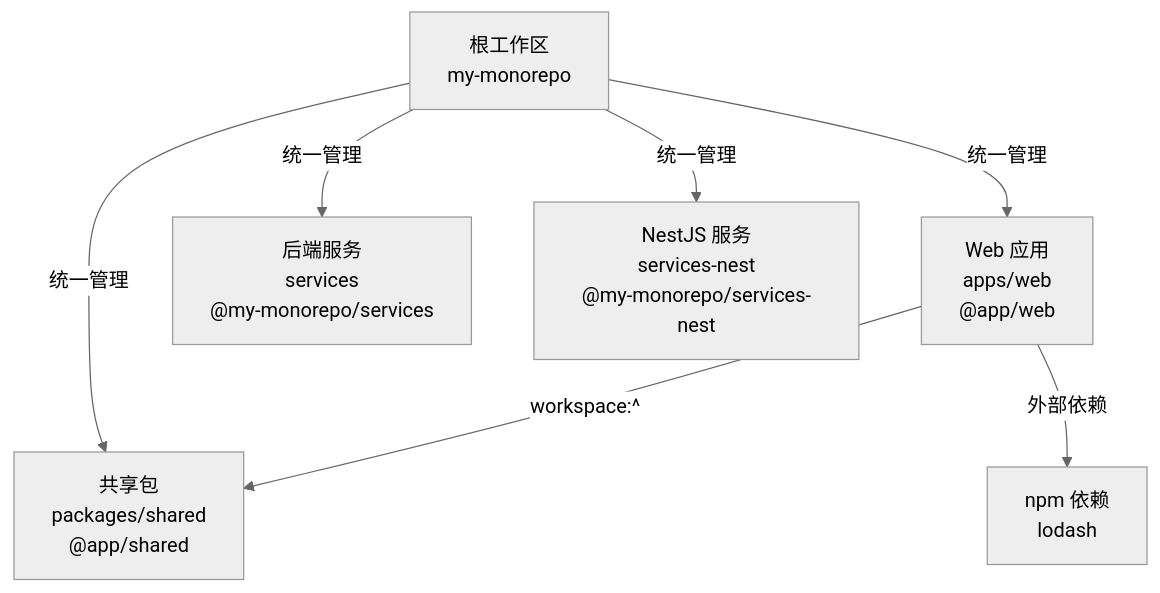
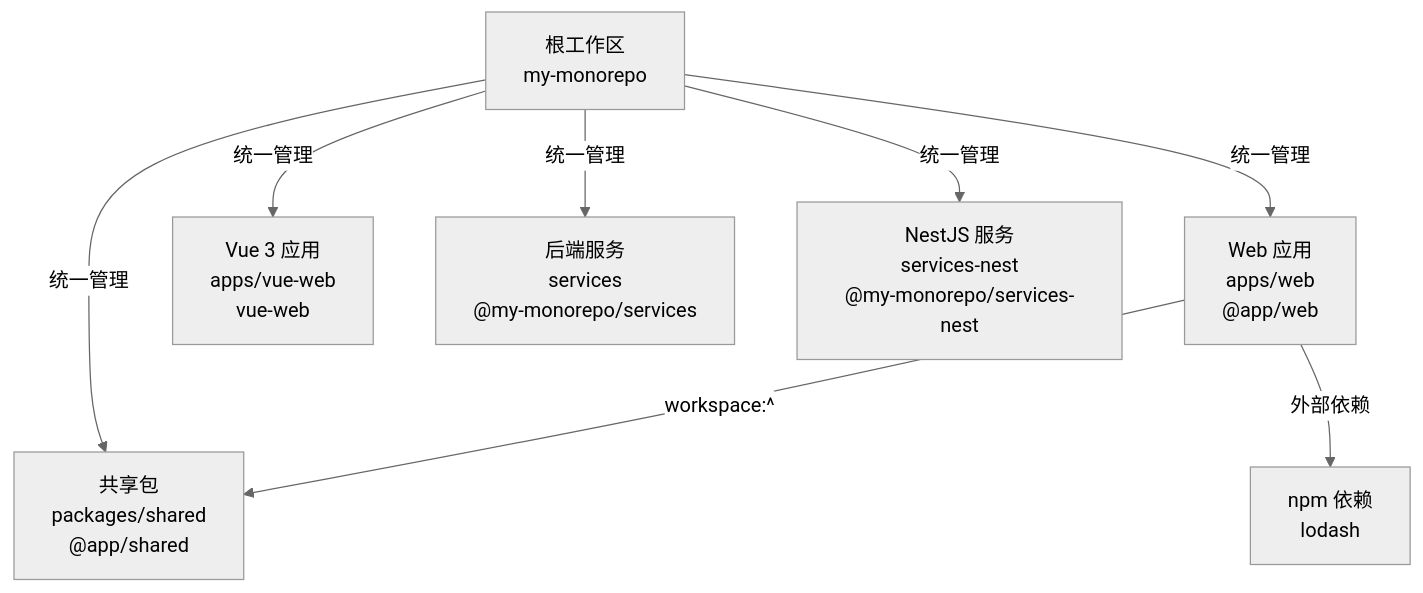
One commit to sincejuly2222/my_monorepo changed the diagram in PROJECT_STRUCTURE.md. Above: the diagram before and after it, drawn with Mermaid (neutral theme). The commit also changed other lines of this file and 35 other files, not shown here.

````diff
--- a/PROJECT_STRUCTURE.md
+++ b/PROJECT_STRUCTURE.md
@@ -28,16 +32,18 @@
 ```mermaid
 flowchart TB
     Root["根工作区<br/>my-monorepo"]
     Web["Web 应用<br/>apps/web<br/>@app/web"]
+    VueWeb["Vue 3 应用<br/>apps/vue-web<br/>vue-web"]
     Shared["共享包<br/>packages/shared<br/>@app/shared"]
     Services["后端服务<br/>services<br/>@my-monorepo/services"]
     NestServices["NestJS 服务<br/>services-nest<br/>@my-monorepo/services-nest"]
     Registry["npm 依赖<br/>lodash"]
 
     Root -->|统一管理| Web
+    Root -->|统一管理| VueWeb
     Root -->|统一管理| Shared
     Root -->|统一管理| Services
     Root -->|统一管理| NestServices
     Web -->|workspace:^| Shared
     Web -->|外部依赖| Registry
 ```
````
